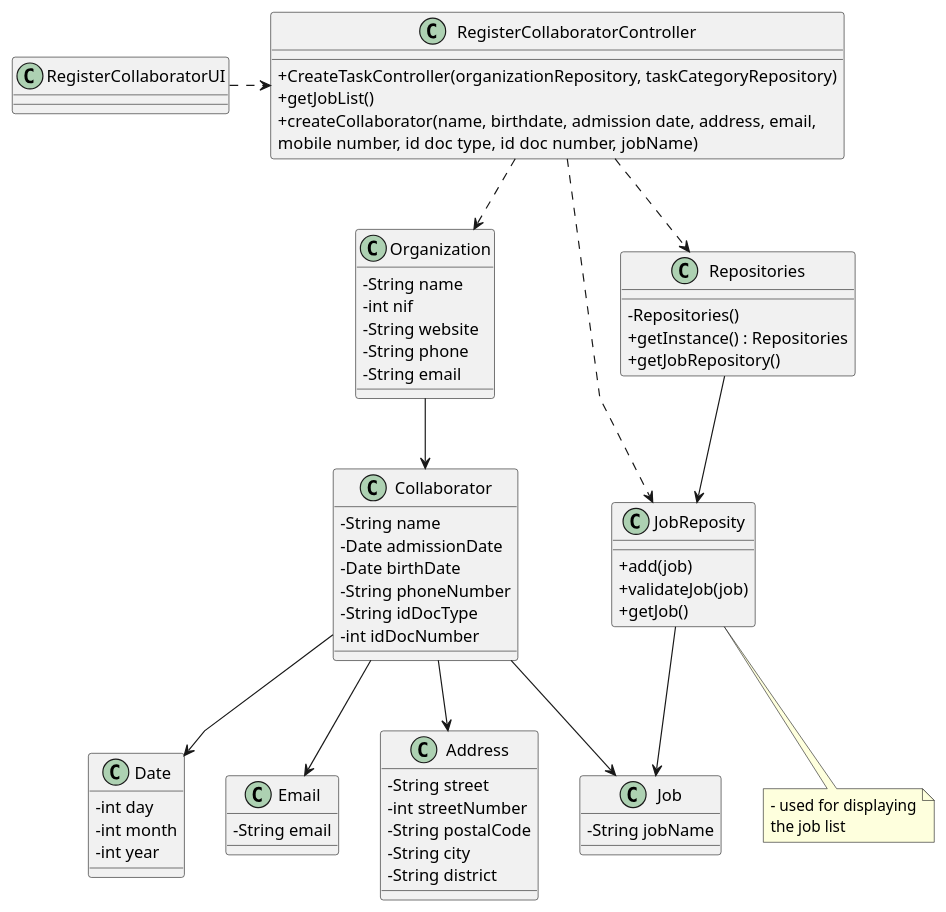
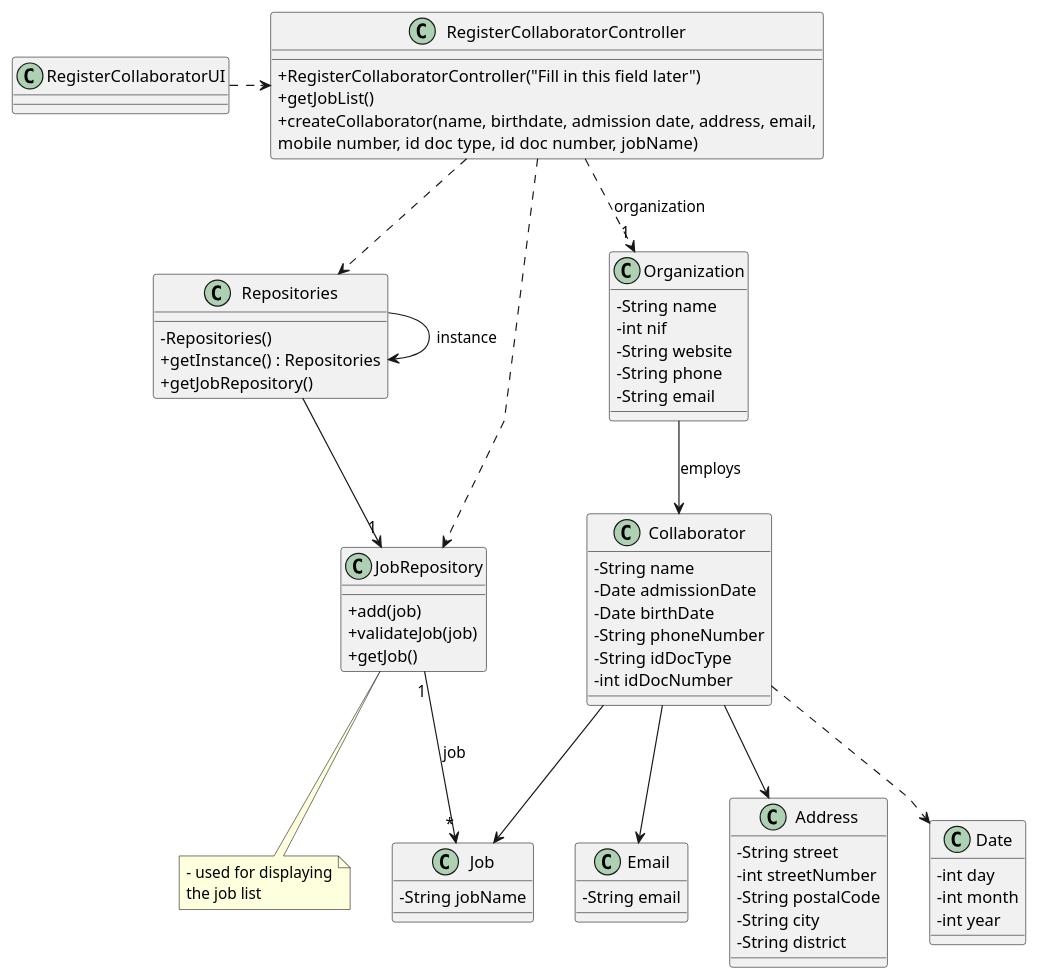
One commit to Rui-San/LAPR2_2023_2024 changed the diagram in docs/sprintB/us003/03.design/puml/us003-class-diagram.puml. Above: the diagram before and after it, drawn with PlantUML.

Commit message:
US003 Design: Fixed class names and associations

```diff
--- a/docs/sprintB/us003/03.design/puml/us003-class-diagram.puml
+++ b/docs/sprintB/us003/03.design/puml/us003-class-diagram.puml
@@ -1,90 +1,91 @@
 @startuml
 'skinparam monochrome true
 skinparam packageStyle rectangle
 skinparam shadowing false
 skinparam linetype polyline
 'skinparam linetype orto
 
 skinparam classAttributeIconSize 0
 
 
 class Collaborator {
      - String name
      - Date admissionDate
      - Date birthDate
      - String phoneNumber
      - String idDocType
      - int idDocNumber
 }
 
 class Job {
     - String jobName
 }
 
 class Date {
     - int day
     - int month
     - int year
 }
 
 class Organization {
     - String name
     - int nif
     - String website
     - String phone
     - String email
 }
 
-class JobReposity {
+class JobRepository {
     + add(job)
     + validateJob(job)
     + getJob()
 }
 
 class Repositories {
     - Repositories()
     + getInstance() : Repositories
     + getJobRepository()
 }
 
-note bottom of JobReposity
+note bottom of JobRepository
     - used for displaying
     the job list
 end note
 
 class RegisterCollaboratorController {
-    + CreateTaskController(organizationRepository, taskCategoryRepository)
+    + RegisterCollaboratorController("Fill in this field later")
     + getJobList()
     + createCollaborator(name, birthdate, admission date, address, email,\nmobile number, id doc type, id doc number, jobName)
 }
 
 class RegisterCollaboratorUI {
 }
 
 class Email{
     - String email
 }
 
 class Address{
     - String street
     - int streetNumber
     - String postalCode
     - String city
     - String district
 
 }
 
 RegisterCollaboratorUI .right.> RegisterCollaboratorController
-RegisterCollaboratorController ..> Organization
-Organization -down-> Collaborator
-RegisterCollaboratorController ..> JobReposity
-JobReposity --> Job
+RegisterCollaboratorController ..> "1" Organization : organization
+Organization -down-> Collaborator : employs
+RegisterCollaboratorController ..> JobRepository
+JobRepository "1"-->"*" Job : job
 Collaborator --> Job
 Collaborator --> Email
 Collaborator --> Address
-Collaborator --> Date
+Collaborator ..> Date
 RegisterCollaboratorController ..> Repositories
-Repositories --> JobReposity
+Repositories --> "1" JobRepository
+Repositories -> Repositories : instance
 
 
 @enduml
```
